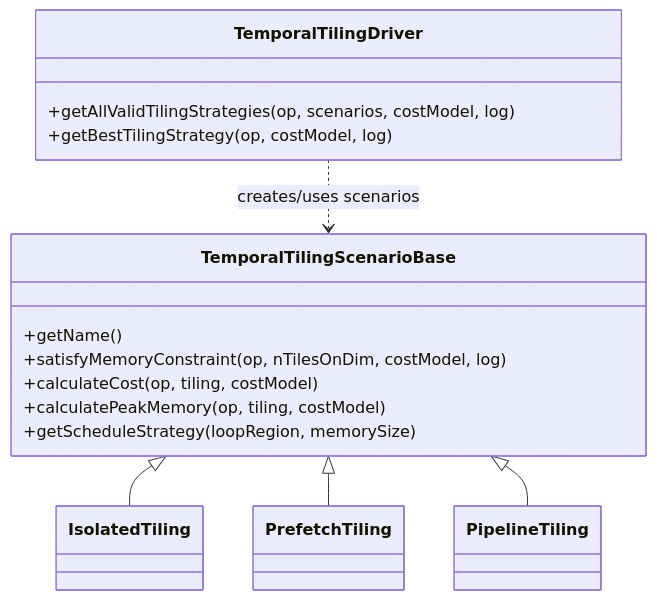
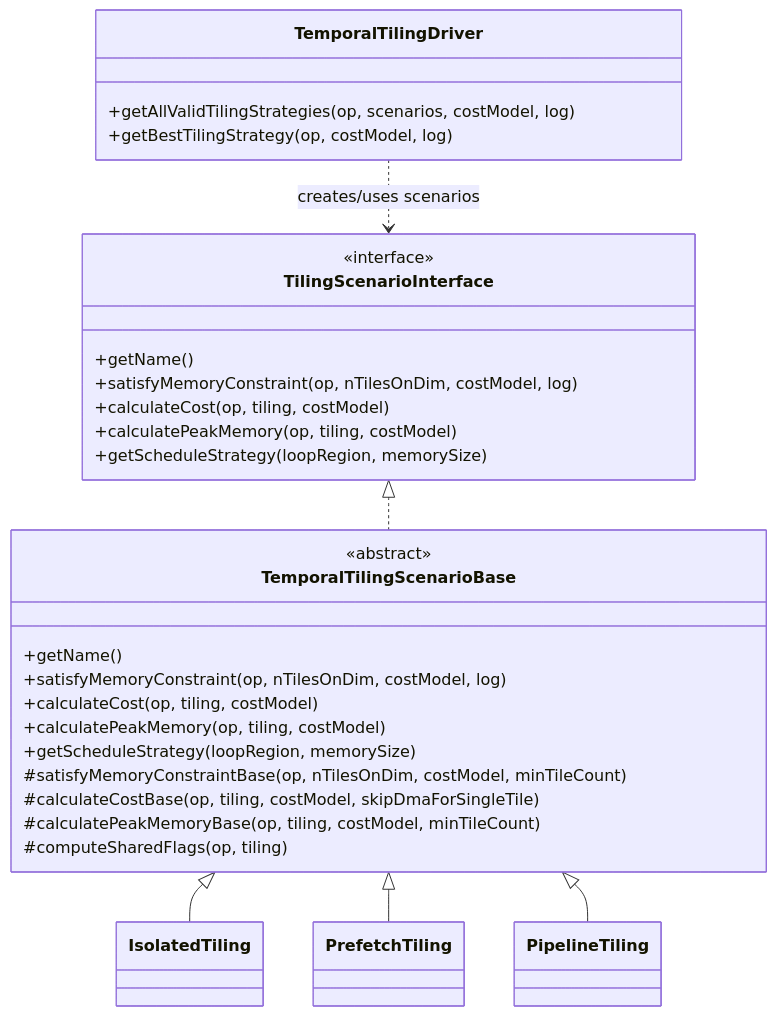
The first of 2 diagrams in src/vpux_compiler/docs/passes/full_search_tiling_algorithm.md (Mac-Huang/npu_compiler), drawn with Mermaid before and after one commit. The commit also changed other lines of this file and 2711 other files, not shown here.

````diff
--- a/src/vpux_compiler/docs/passes/full_search_tiling_algorithm.md
+++ b/src/vpux_compiler/docs/passes/full_search_tiling_algorithm.md
@@ -19,24 +19,39 @@
 ```mermaid
 classDiagram
     class TemporalTilingDriver {
         +getAllValidTilingStrategies(op, scenarios, costModel, log)
         +getBestTilingStrategy(op, costModel, log)
     }
 
-    class TemporalTilingScenarioBase {
+    class TilingScenarioInterface {
+        <<interface>>
         +getName()
         +satisfyMemoryConstraint(op, nTilesOnDim, costModel, log)
         +calculateCost(op, tiling, costModel)
         +calculatePeakMemory(op, tiling, costModel)
         +getScheduleStrategy(loopRegion, memorySize)
     }
 
+    class TemporalTilingScenarioBase {
+        <<abstract>>
+        +getName()
+        +satisfyMemoryConstraint(op, nTilesOnDim, costModel, log)
+        +calculateCost(op, tiling, costModel)
+        +calculatePeakMemory(op, tiling, costModel)
+        +getScheduleStrategy(loopRegion, memorySize)
+        #satisfyMemoryConstraintBase(op, nTilesOnDim, costModel, minTileCount)
+        #calculateCostBase(op, tiling, costModel, skipDmaForSingleTile)
+        #calculatePeakMemoryBase(op, tiling, costModel, minTileCount)
+        #computeSharedFlags(op, tiling)
+    }
+
     class IsolatedTiling
     class PrefetchTiling
     class PipelineTiling
 
-    TemporalTilingDriver ..> TemporalTilingScenarioBase : creates/uses scenarios
+    TemporalTilingDriver ..> TilingScenarioInterface : creates/uses scenarios
+    TilingScenarioInterface <|.. TemporalTilingScenarioBase
     TemporalTilingScenarioBase <|-- IsolatedTiling
     TemporalTilingScenarioBase <|-- PrefetchTiling
     TemporalTilingScenarioBase <|-- PipelineTiling
 ```
````
